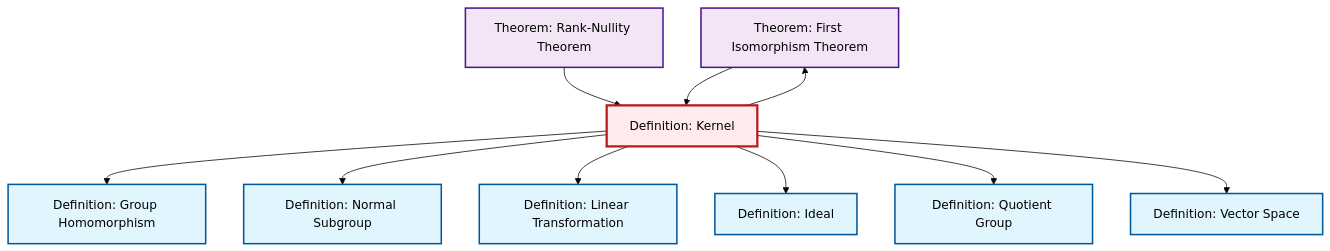
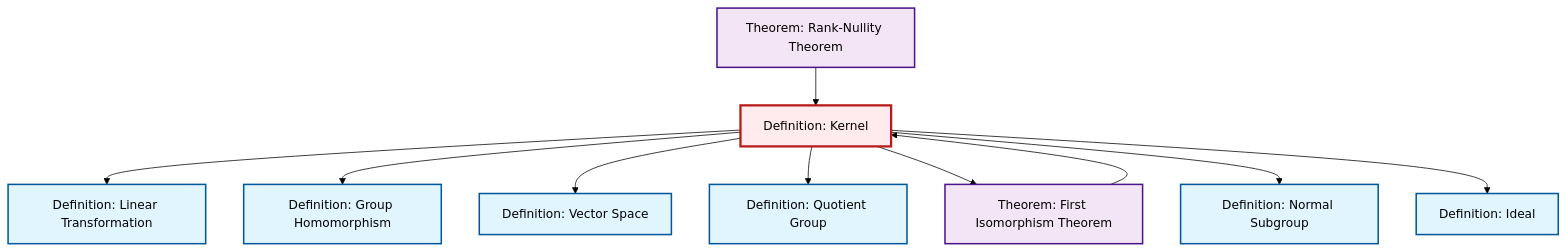
Before and after one commit to RK0429/ModernMath: the diagram in content/en/algebra/def-kernel.qmd, drawn with Mermaid (forest theme). The commit also changed other lines of this file and 491 other files, not shown here.

````diff
--- a/content/en/algebra/def-kernel.qmd
+++ b/content/en/algebra/def-kernel.qmd
@@ -79,36 +79,36 @@
 ```{mermaid}
 %%| fig-cap: "Local dependency graph"
 graph TD
     classDef definition fill:#e1f5fe,stroke:#01579b,stroke-width:2px
     classDef theorem fill:#f3e5f5,stroke:#4a148c,stroke-width:2px
     classDef axiom fill:#fff3e0,stroke:#e65100,stroke-width:2px
     classDef example fill:#e8f5e9,stroke:#1b5e20,stroke-width:2px
     classDef current fill:#ffebee,stroke:#b71c1c,stroke-width:3px
+    def-kernel["Definition: Kernel"]:::definition
+    def-normal-subgroup["Definition: Normal Subgroup"]:::definition
     thm-first-isomorphism["Theorem: First Isomorphism Theorem"]:::theorem
+    def-ideal["Definition: Ideal"]:::definition
     def-homomorphism["Definition: Group Homomorphism"]:::definition
     def-linear-transformation["Definition: Linear Transformation"]:::definition
     def-vector-space["Definition: Vector Space"]:::definition
-    def-kernel["Definition: Kernel"]:::definition
-    def-ideal["Definition: Ideal"]:::definition
     thm-rank-nullity["Theorem: Rank-Nullity Theorem"]:::theorem
-    def-normal-subgroup["Definition: Normal Subgroup"]:::definition
     def-quotient-group["Definition: Quotient Group"]:::definition
+    def-kernel --> def-linear-transformation
+    def-kernel --> def-homomorphism
+    def-kernel --> def-vector-space
+    thm-first-isomorphism --> def-kernel
+    def-kernel --> def-quotient-group
+    def-kernel --> thm-first-isomorphism
+    def-kernel --> def-normal-subgroup
+    def-kernel --> def-ideal
     thm-rank-nullity --> def-kernel
-    def-kernel --> def-homomorphism
-    def-kernel --> def-normal-subgroup
-    thm-first-isomorphism --> def-kernel
-    def-kernel --> def-linear-transformation
-    def-kernel --> thm-first-isomorphism
-    def-kernel --> def-ideal
-    def-kernel --> def-quotient-group
-    def-kernel --> def-vector-space
     class def-kernel current
+    click def-normal-subgroup "def-normal-subgroup.html" "Go to Normal Subgroup definition"
     click thm-first-isomorphism "thm-first-isomorphism.html" "Go to First Isomorphism Theorem theorem"
+    click def-ideal "def-ideal.html" "Go to Ideal definition"
     click def-homomorphism "def-homomorphism.html" "Go to Group Homomorphism definition"
     click def-linear-transformation "def-linear-transformation.html" "Go to Linear Transformation definition"
     click def-vector-space "def-vector-space.html" "Go to Vector Space definition"
-    click def-ideal "def-ideal.html" "Go to Ideal definition"
     click thm-rank-nullity "thm-rank-nullity.html" "Go to Rank-Nullity Theorem theorem"
-    click def-normal-subgroup "def-normal-subgroup.html" "Go to Normal Subgroup definition"
     click def-quotient-group "def-quotient-group.html" "Go to Quotient Group definition"
 ```
````
